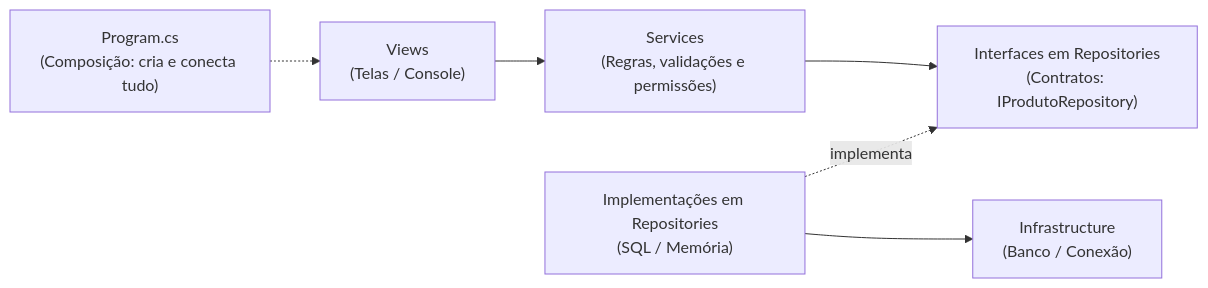
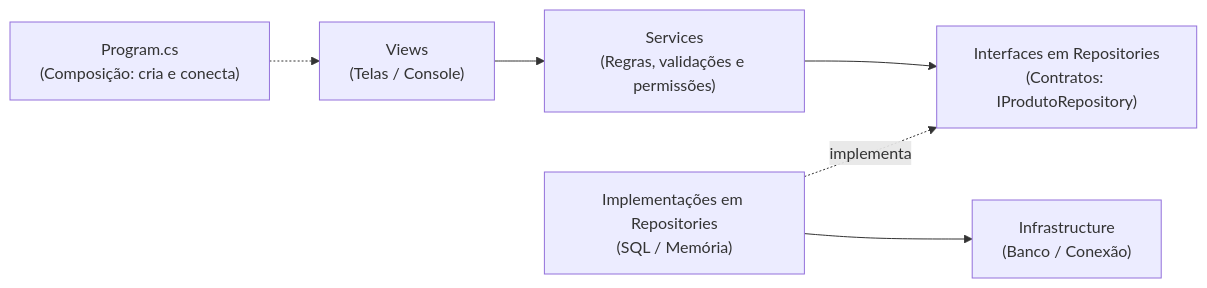
One commit to diogofragoso/roteiro_de_aprendizagem_C-sharp changed the diagram in 08-Arquitetura-e-Padroes.md. Above: the diagram before and after it, drawn with Mermaid. The commit also changed other lines of this file and 14 other files, not shown here.

````diff
--- a/08-Arquitetura-e-Padroes.md
+++ b/08-Arquitetura-e-Padroes.md
@@ -28,8 +38,8 @@
 ```mermaid
 flowchart LR
-    P["Program.cs<br/>(Composição: cria e conecta tudo)"] -.-> V["Views<br/>(Telas / Console)"]
+    P["Program.cs<br/>(Composição: cria e conecta)"] -.-> V["Views<br/>(Telas / Console)"]
     V --> S["Services<br/>(Regras, validações e permissões)"]
     S --> I["Interfaces em Repositories<br/>(Contratos: IProdutoRepository)"]
     R["Implementações em Repositories<br/>(SQL / Memória)"] -.->|implementa| I
     R --> B["Infrastructure<br/>(Banco / Conexão)"]
 ```
````
